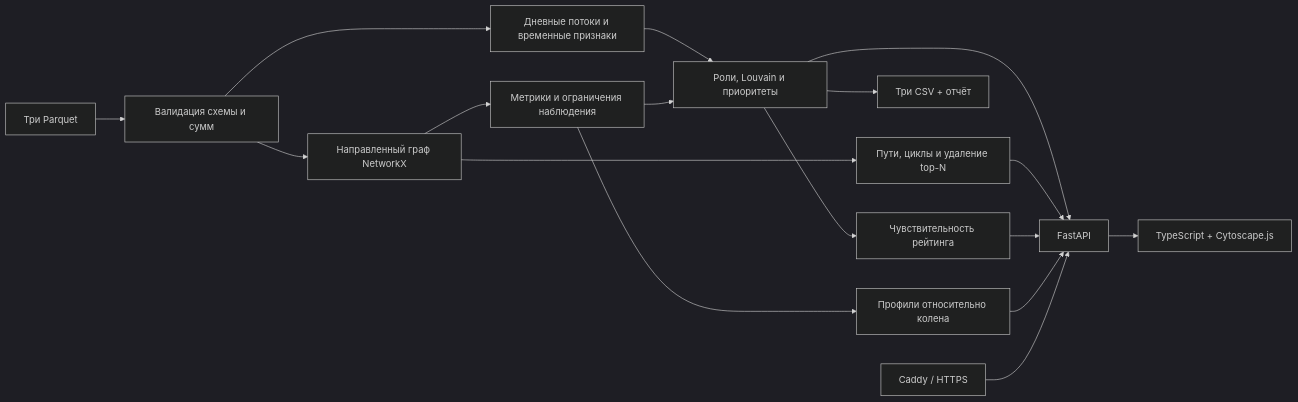
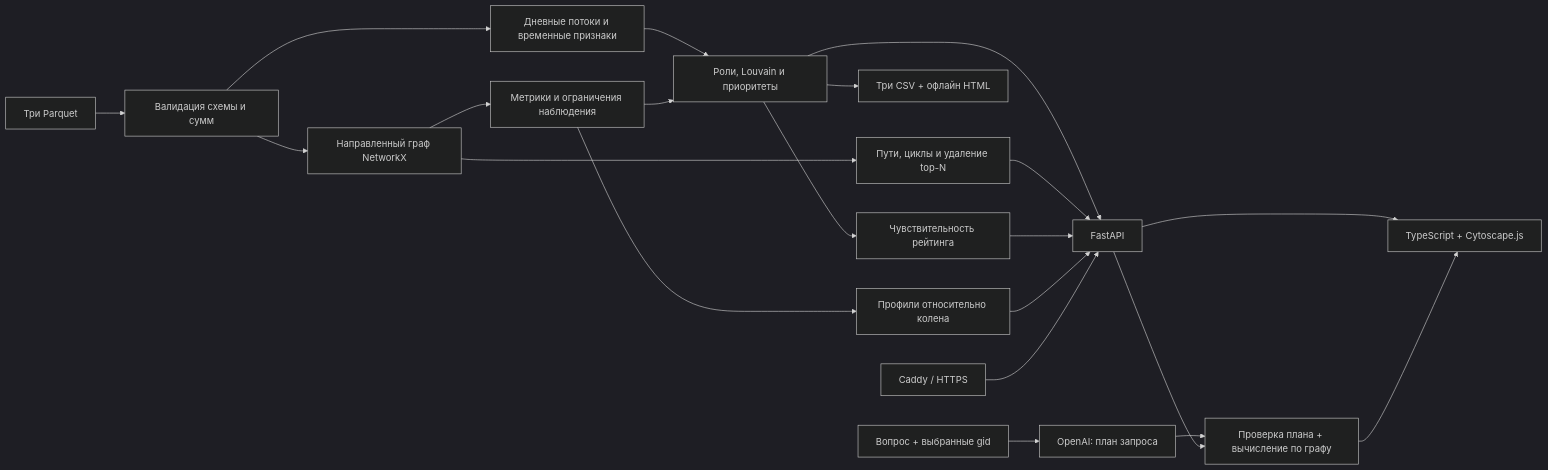
One commit to BAITC-Hacks/hack-5a6e2058-embeddedai changed the diagram in README.md. Above: the diagram before and after it, drawn with Mermaid (dark theme). The commit also changed other lines of this file and 44 other files, not shown here.

First line of the commit message:
feat: add AI assistant for graph analysis and robustness evaluation

````diff
--- a/README.md
+++ b/README.md
@@ -172,19 +187,23 @@
 ```mermaid
 flowchart LR
     P[Три Parquet] --> V[Валидация схемы и сумм]
     V --> G[Направленный граф NetworkX]
     V --> T[Дневные потоки и временные признаки]
     G --> M[Метрики и ограничения наблюдения]
     T --> R
     M --> R[Роли, Louvain и приоритеты]
     M --> F[Профили относительно колена]
-    R --> C[Три CSV + отчёт]
+    R --> C[Три CSV + офлайн HTML]
     R --> S[Чувствительность рейтинга]
     G --> E[Пути, циклы и удаление top-N]
     R --> A[FastAPI]
     E --> A
     S --> A
     F --> A
     A --> U[TypeScript + Cytoscape.js]
+    Q[Вопрос + выбранные gid] --> L[OpenAI: план запроса]
+    L --> D[Проверка плана + вычисление по графу]
+    A --> D
+    D --> U
     X[Caddy / HTTPS] --> A
 ```
````
